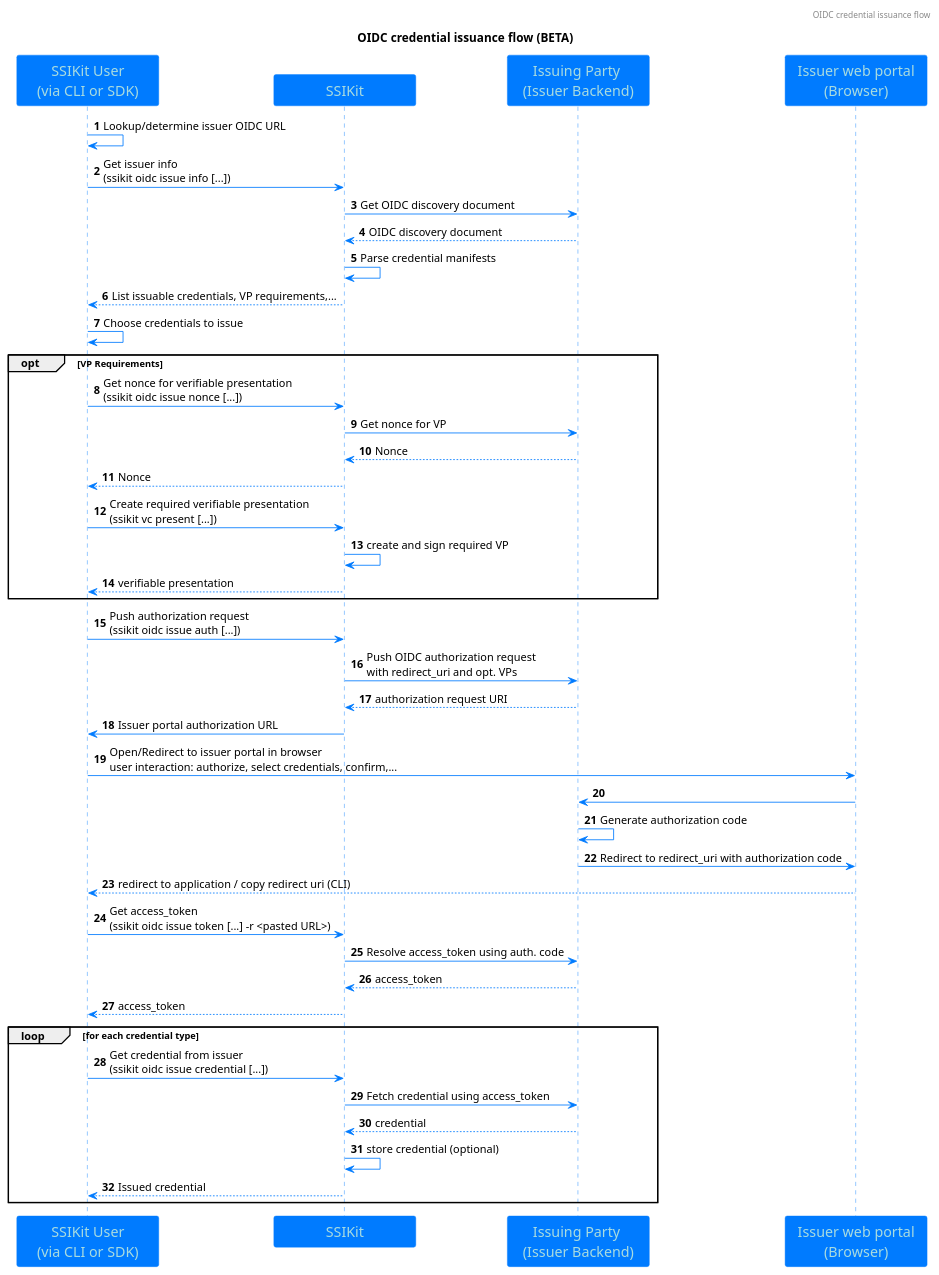
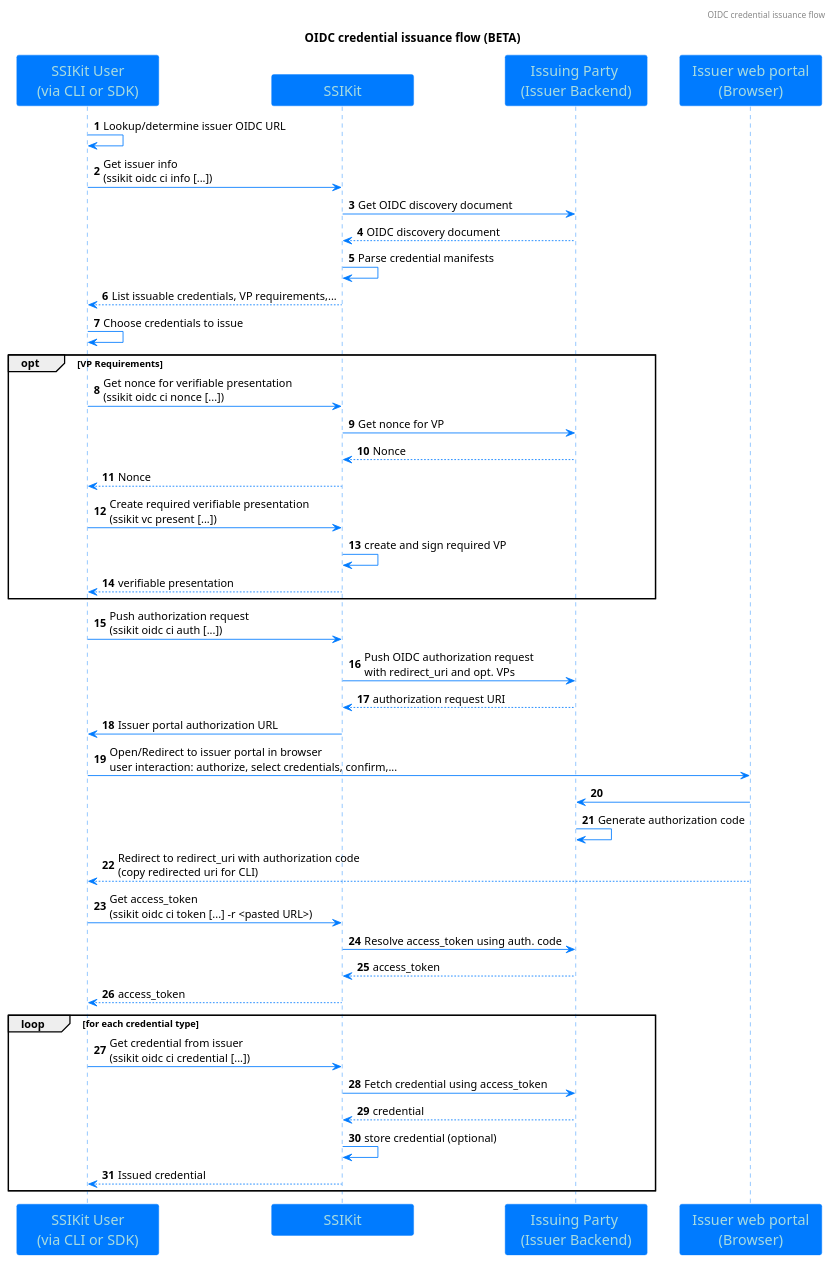
One commit to walt-id/waltid-ssikit-docs changed the diagram in ecosystems-interoperability/oidc/puml/oidc-credential-issuance-ssikit.puml. Above: the diagram before and after it, drawn with PlantUML. The commit also changed 3 other files, not shown here.

Commit message:
adapt oidc flow diagrams

```diff
--- a/ecosystems-interoperability/oidc/puml/oidc-credential-issuance-ssikit.puml
+++ b/ecosystems-interoperability/oidc/puml/oidc-credential-issuance-ssikit.puml
@@ -1,99 +1,98 @@
 @startuml
 'https://plantuml.com/sequence-diagram
 
 skinparam classFontColor 007BFF
 skinparam classFontSize 12
 skinparam classFontName Aapex
 skinparam backgroundColor white
 skinparam minClassWidth 155
 skinparam nodesep 34
 skinparam ranksep 70
 
 skinparam sequence {
 ArrowColor 007BFF
 ActorBorderColor 007BFF
 LifeLineBorderColor 007BFF
 LifeLineBackgroundColor 007BFF
 
 ParticipantBorderColor 007BFF
 ParticipantBackgroundColor 007BFF
 ParticipantFontName Impact
 ParticipantFontSize 17
 ParticipantFontColor #A9DCDF
 
 'ActorBackgroundColor aqua
 ActorFontColor 007BFF
 ActorFontSize 17
 ActorFontName Aapex
 }
 
 skinparam class {
 BorderColor 007BFF
 ArrowColor 007BFF
 BackgroundColor white
 }
 
 skinparam interface {
 BorderColor 007BFF
 ArrowColor 007BFF
 }
 
 skinparam note {
 BorderColor 007BFF
 BackgroundColor 7ACFF5
 }
 
 
 autonumber
 'https://ec.europa.eu/cefdigital/wiki/display/BLOCKCHAININT/2.+VC+exchange+over+API
 header OIDC credential issuance flow
 title
 OIDC credential issuance flow (BETA)
 end title
 autonumber
 participant "SSIKit User\n(via CLI or SDK)" as SU
 participant "SSIKit" as SK
 participant "Issuing Party \n(Issuer Backend)" as IP
 participant "Issuer web portal\n(Browser)" as IWP
 
 SU->SU: Lookup/determine issuer OIDC URL
-SU->SK: Get issuer info\n(ssikit oidc issue info [...])
+SU->SK: Get issuer info\n(ssikit oidc ci info [...])
 SK->IP: Get OIDC discovery document
 IP-->SK: OIDC discovery document
 SK->SK: Parse credential manifests
 SK-->SU: List issuable credentials, VP requirements,...
 SU->SU: Choose credentials to issue
 
 opt VP Requirements
-SU->SK: Get nonce for verifiable presentation\n(ssikit oidc issue nonce [...])
+SU->SK: Get nonce for verifiable presentation\n(ssikit oidc ci nonce [...])
 SK->IP: Get nonce for VP
 IP-->SK: Nonce
 SK-->SU: Nonce
 SU->SK: Create required verifiable presentation\n(ssikit vc present [...])
 SK->SK: create and sign required VP
 SK-->SU: verifiable presentation
 end
 
-SU->SK: Push authorization request\n(ssikit oidc issue auth [...])
+SU->SK: Push authorization request\n(ssikit oidc ci auth [...])
 SK->IP: Push OIDC authorization request\nwith redirect_uri and opt. VPs
 IP-->SK: authorization request URI
 SK->SU: Issuer portal authorization URL
 SU->IWP: Open/Redirect to issuer portal in browser\nuser interaction: authorize, select credentials, confirm,...
 IWP->IP:
 IP->IP: Generate authorization code
-IP->IWP: Redirect to redirect_uri with authorization code
-IWP-->SU: redirect to application / copy redirect uri (CLI)
+IWP-->SU: Redirect to redirect_uri with authorization code\n(copy redirected uri for CLI)
 
-SU->SK: Get access_token\n(ssikit oidc issue token [...] -r <pasted URL>)
+SU->SK: Get access_token\n(ssikit oidc ci token [...] -r <pasted URL>)
 SK->IP: Resolve access_token using auth. code
 IP-->SK: access_token
 SK-->SU: access_token
 loop for each credential type
-SU->SK: Get credential from issuer\n(ssikit oidc issue credential [...])
+SU->SK: Get credential from issuer\n(ssikit oidc ci credential [...])
 SK->IP: Fetch credential using access_token
 IP-->SK: credential
 SK->SK: store credential (optional)
 SK-->SU: Issued credential
 end
 
 @enduml
```
